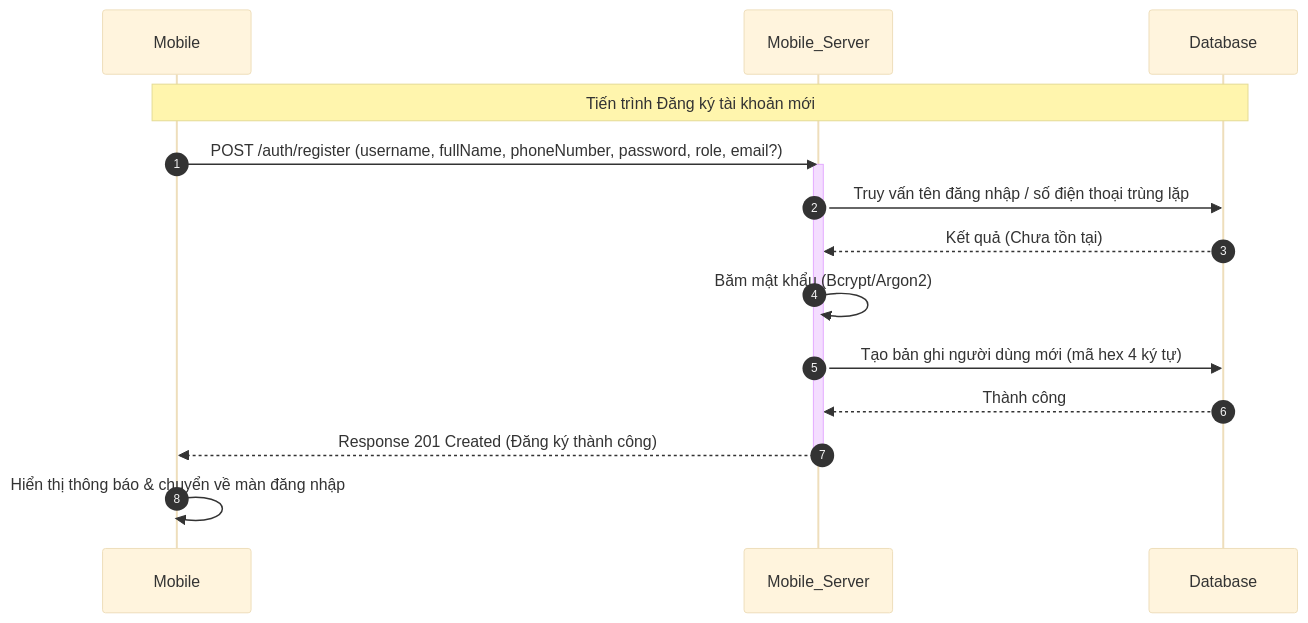
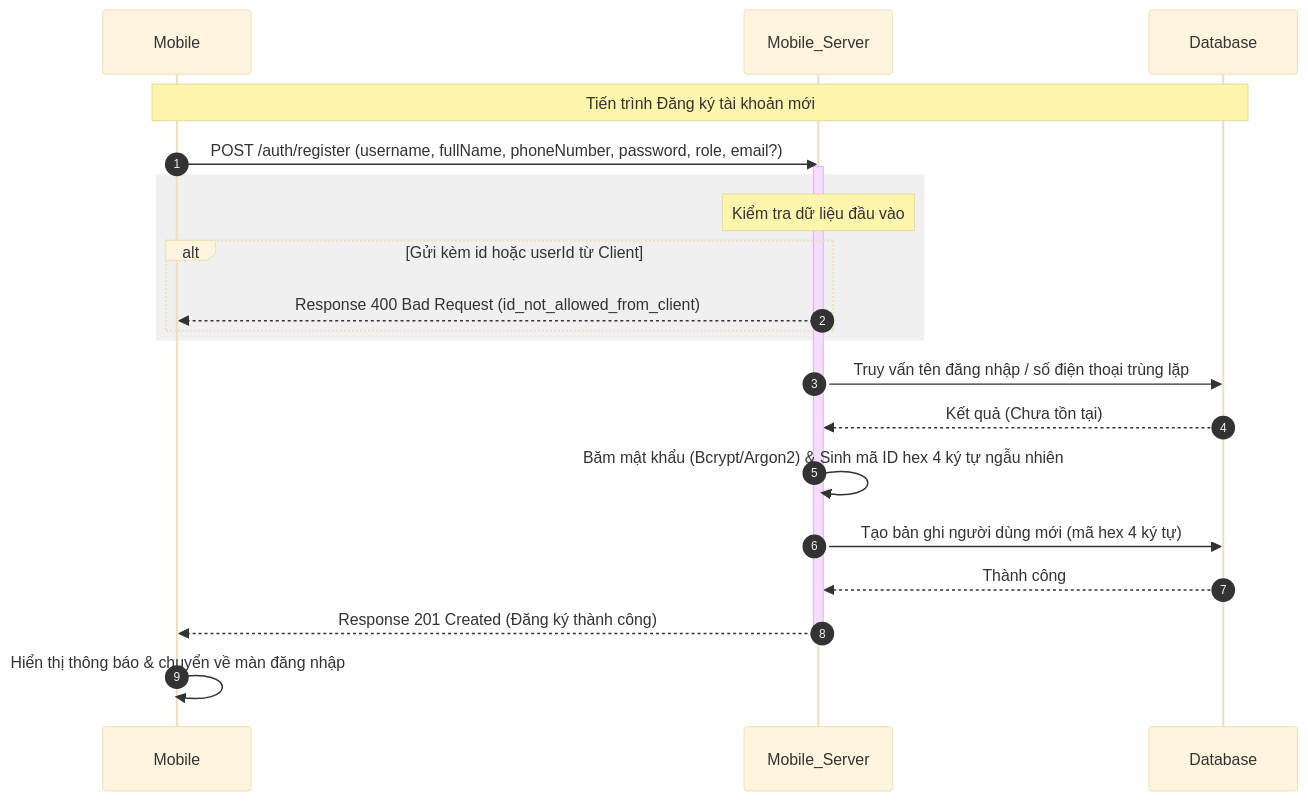
Before and after one commit to trungnguyenthien/Wildlife-Warning-and-Deterrence-System: the second of 19 diagrams in docs/04-sequence-diagram.md, drawn with Mermaid (base theme). The commit also changed 8 other files, not shown here.

````diff
--- a/docs/04-sequence-diagram.md
+++ b/docs/04-sequence-diagram.md
@@ -84,19 +84,27 @@
 ```mermaid
 sequenceDiagram
     autonumber
     participant Mobile as Mobile
     participant Mobile_Server as Mobile_Server
     participant Database as Database
 
     Note over Mobile, Database: Tiến trình Đăng ký tài khoản mới
     Mobile->>Mobile_Server: POST /auth/register (username, fullName, phoneNumber, password, role, email?)
     activate Mobile_Server
+    
+    rect rgb(240, 240, 240)
+        Note over Mobile_Server: Kiểm tra dữ liệu đầu vào
+        alt Gửi kèm id hoặc userId từ Client
+            Mobile_Server-->>Mobile: Response 400 Bad Request (id_not_allowed_from_client)
+        end
+    end
+
     Mobile_Server->>Database: Truy vấn tên đăng nhập / số điện thoại trùng lặp
     Database-->>Mobile_Server: Kết quả (Chưa tồn tại)
-    Mobile_Server->>Mobile_Server: Băm mật khẩu (Bcrypt/Argon2)
+    Mobile_Server->>Mobile_Server: Băm mật khẩu (Bcrypt/Argon2) & Sinh mã ID hex 4 ký tự ngẫu nhiên
     Mobile_Server->>Database: Tạo bản ghi người dùng mới (mã hex 4 ký tự)
     Database-->>Mobile_Server: Thành công
     Mobile_Server-->>Mobile: Response 201 Created (Đăng ký thành công)
     deactivate Mobile_Server
     Mobile->>Mobile: Hiển thị thông báo & chuyển về màn đăng nhập
 ```
````
